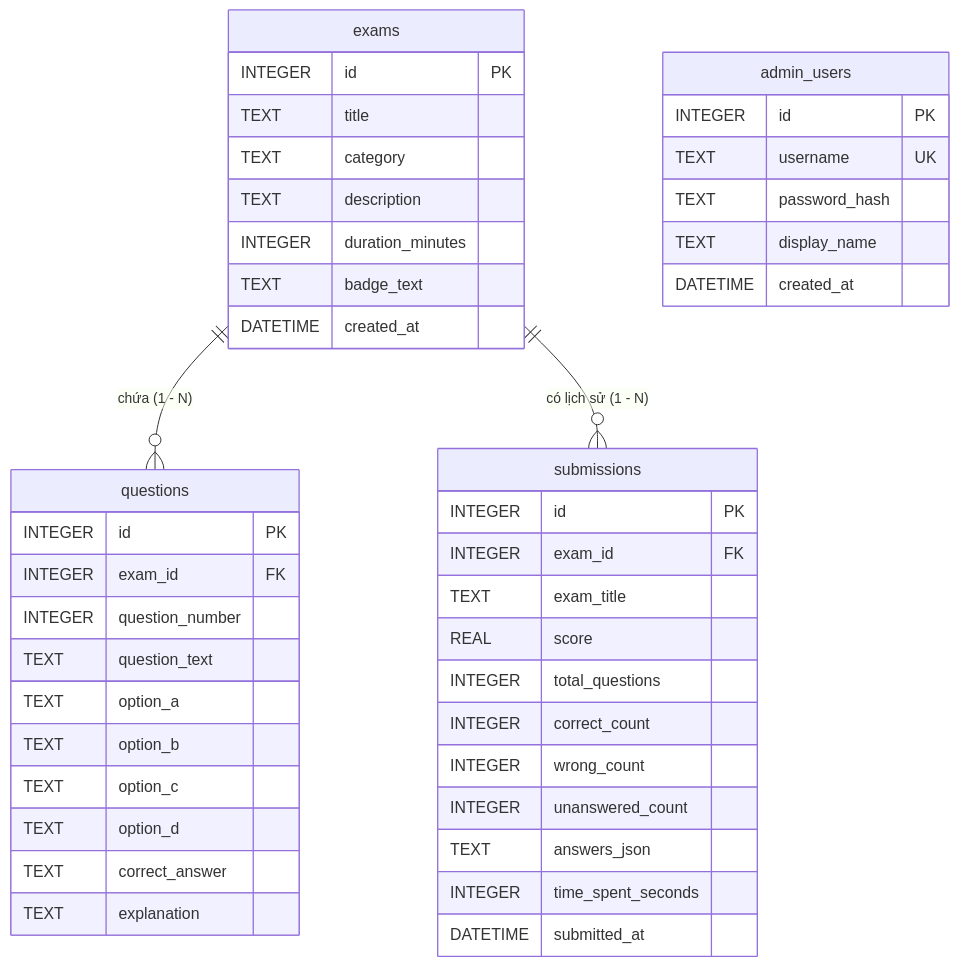
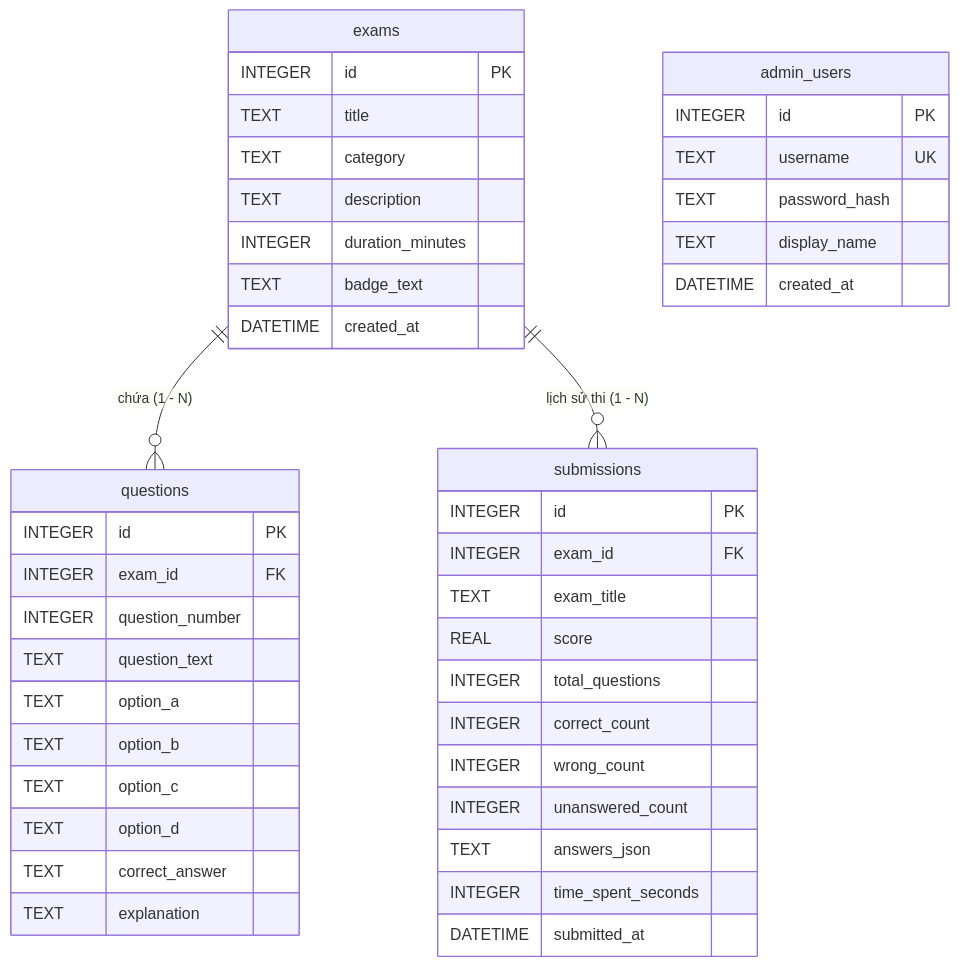
Before and after one commit to PhucPhanHT/Tracnghiemfree: the first of 3 diagrams in README.md, drawn with Mermaid. The commit also changed other lines of this file and 1 other file, not shown here.

````diff
--- a/README.md
+++ b/README.md
@@ -184,50 +159,50 @@
 ```mermaid
 erDiagram
     exams ||--o{ questions : "chứa (1 - N)"
-    exams ||--o{ submissions : "có lịch sử (1 - N)"
+    exams ||--o{ submissions : "lịch sử thi (1 - N)"
     
     exams {
         INTEGER id PK
         TEXT title
         TEXT category
         TEXT description
         INTEGER duration_minutes
         TEXT badge_text
         DATETIME created_at
     }
 
     questions {
         INTEGER id PK
         INTEGER exam_id FK
         INTEGER question_number
         TEXT question_text
         TEXT option_a
         TEXT option_b
         TEXT option_c
         TEXT option_d
         TEXT correct_answer
         TEXT explanation
     }
 
     submissions {
         INTEGER id PK
         INTEGER exam_id FK
         TEXT exam_title
         REAL score
         INTEGER total_questions
         INTEGER correct_count
         INTEGER wrong_count
         INTEGER unanswered_count
         TEXT answers_json
         INTEGER time_spent_seconds
         DATETIME submitted_at
     }
 
     admin_users {
         INTEGER id PK
         TEXT username UK
         TEXT password_hash
         TEXT display_name
         DATETIME created_at
     }
 ```
````
